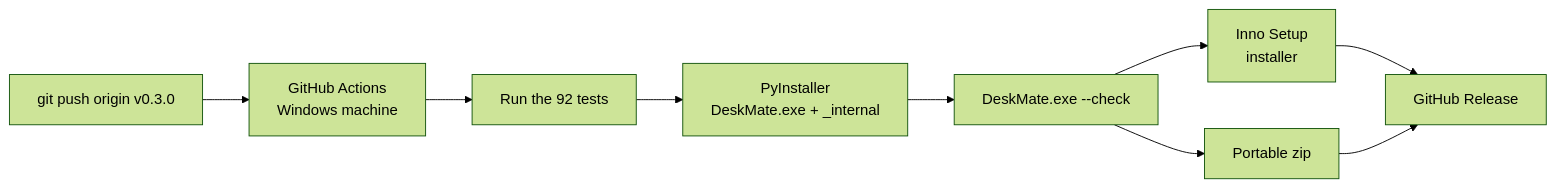
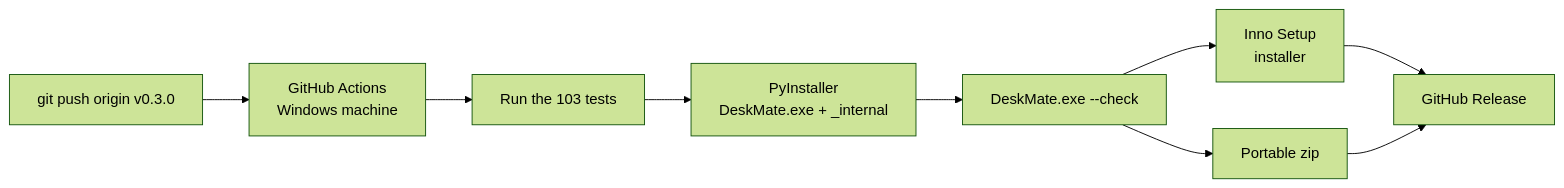
Before and after one commit to MuizKmz/deskmate: the second of 2 diagrams in TUTORIAL.md, drawn with Mermaid (forest theme). The commit also changed other lines of this file and 10 other files, not shown here.

````diff
--- a/TUTORIAL.md
+++ b/TUTORIAL.md
@@ -394,11 +411,11 @@
 ```mermaid
 flowchart LR
     T["git push origin v0.3.0"] --> GA[GitHub Actions<br/>Windows machine]
-    GA --> TS[Run the 92 tests]
+    GA --> TS[Run the 103 tests]
     TS --> PI["PyInstaller<br/>DeskMate.exe + _internal"]
     PI --> CK["DeskMate.exe --check"]
     CK --> IS[Inno Setup<br/>installer]
     CK --> ZIP[Portable zip]
     IS --> R[GitHub Release]
     ZIP --> R
 ```
````
